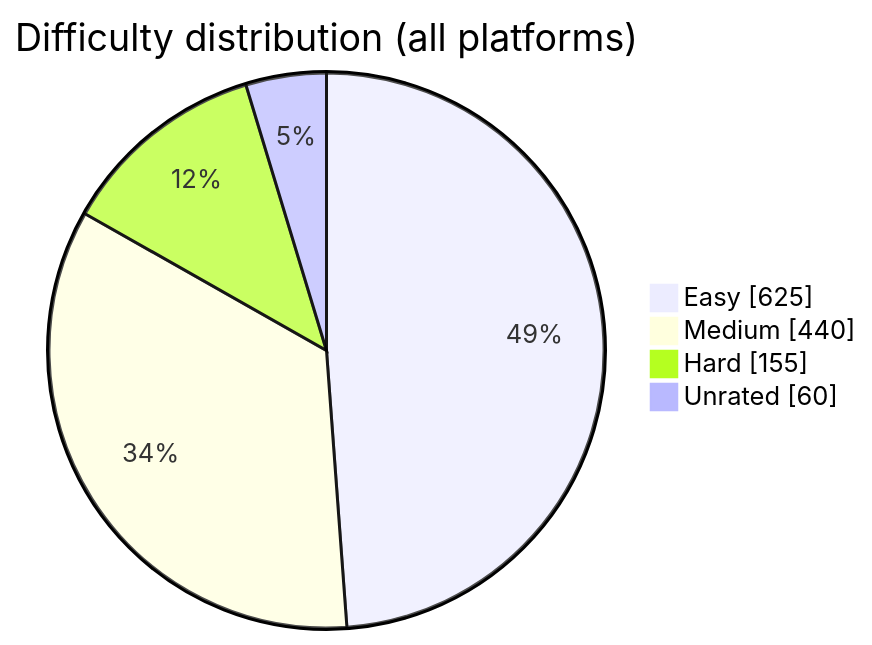
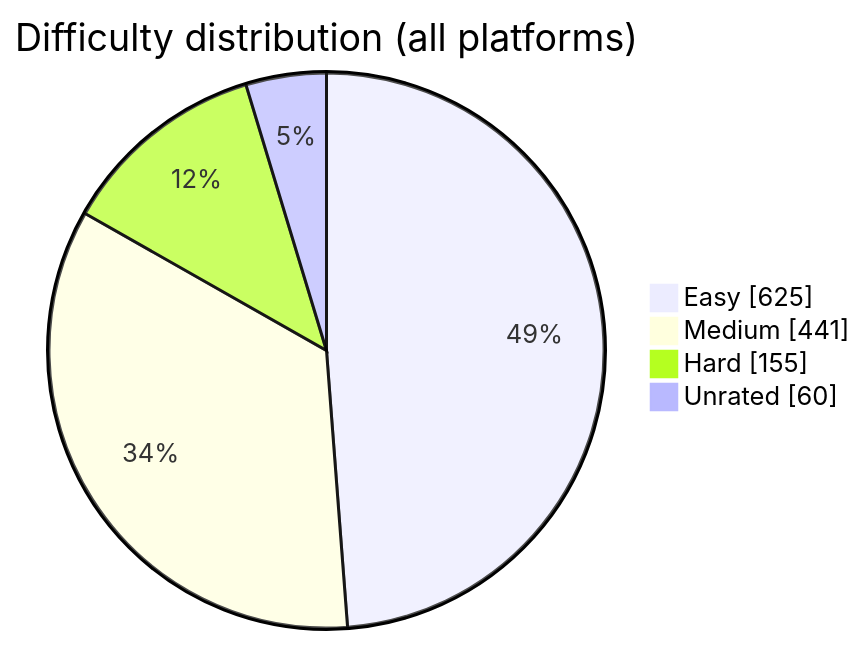
One commit to BuildbyArindam/Daily-Coding-Log changed the diagram in README.md. Above: the diagram before and after it, drawn with Mermaid. The commit also changed other lines of this file, not shown here.

````diff
--- a/README.md
+++ b/README.md
@@ -93,7 +93,7 @@
 ```mermaid
 pie showData title Difficulty distribution (all platforms)
     "Easy" : 625
-    "Medium" : 440
+    "Medium" : 441
     "Hard" : 155
     "Unrated" : 60
 ```
````
